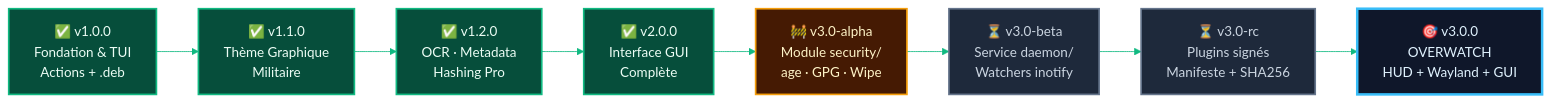
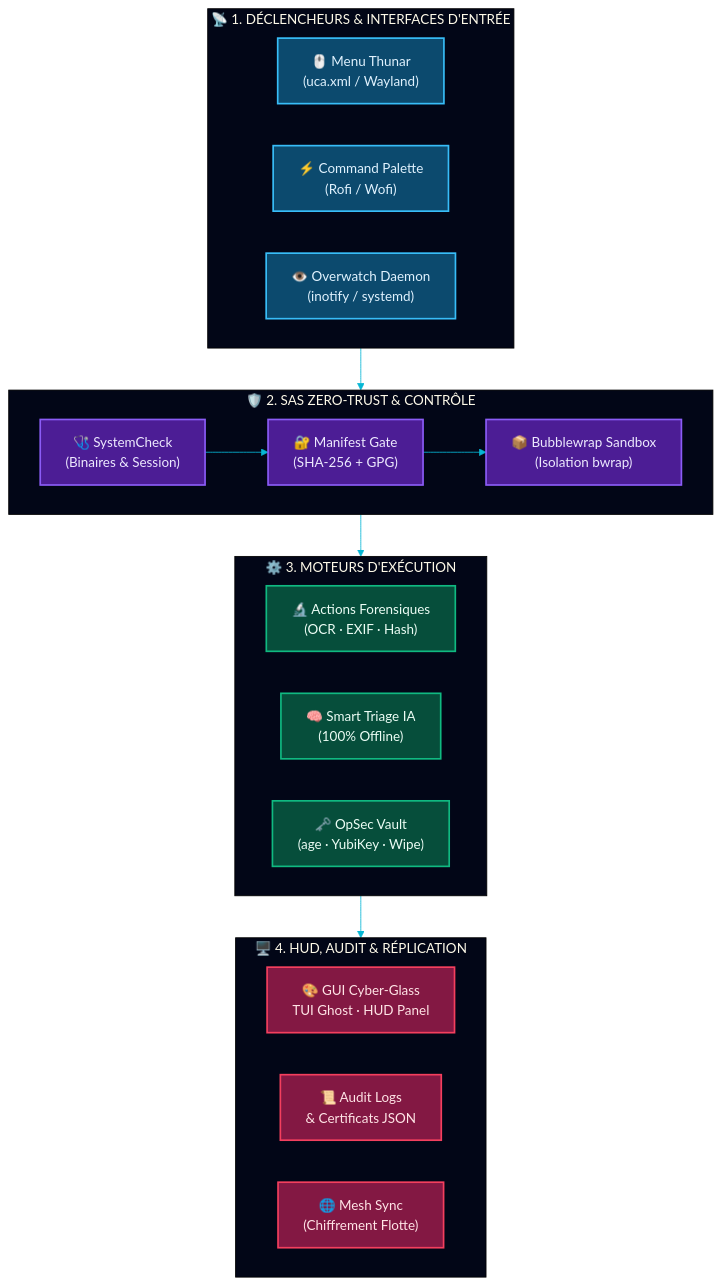
The second of 3 diagrams in README.md (teremuhamblin/ThunarLE), drawn with Mermaid before and after one commit. The commit also changed other lines of this file, not shown here.

````diff
--- a/README.md
+++ b/README.md
@@ -202,30 +180,57 @@
 ```mermaid
 %%{init: {
   'theme': 'base',
   'themeVariables': {
     'primaryColor': '#0f172a',
     'primaryTextColor': '#f8fafc',
     'primaryBorderColor': '#10b981',
-    'lineColor': '#10b981',
-    'fontFamily': 'monospace'
+    'lineColor': '#06b6d4',
+    'secondaryColor': '#1e293b',
+    'tertiaryColor': '#020617',
+    'fontFamily': 'JetBrains Mono, monospace'
   }
 }}%%
-flowchart LR
-    V10["✅ v1.0.0<br/>Fondation & TUI<br/>Actions + .deb"] --> V11["✅ v1.1.0<br/>Thème Graphique<br/>Militaire"]
-    V11 --> V12["✅ v1.2.0<br/>OCR · Metadata<br/>Hashing Pro"]
-    V12 --> V20["✅ v2.0.0<br/>Interface GUI<br/>Complète"]
-    V20 --> V3A["🚧 v3.0-alpha<br/>Module security/<br/>age · GPG · Wipe"]
-    V3A --> V3B["⏳ v3.0-beta<br/>Service daemon/<br/>Watchers inotify"]
-    V3B --> V3R["⏳ v3.0-rc<br/>Plugins signés<br/>Manifeste + SHA256"]
-    V3R --> V30["🎯 v3.0.0<br/>OVERWATCH<br/>HUD + Wayland + GUI"]
+flowchart TB
+    subgraph SRC["📡 1. DÉCLENCHEURS & INTERFACES D'ENTRÉE"]
+        direction LR
+        TH["🖱️ Menu Thunar<br/>(uca.xml / Wayland)"]
+        CP["⚡ Command Palette<br/>(Rofi / Wofi)"]
+        DW["👁️ Overwatch Daemon<br/>(inotify / systemd)"]
+    end
 
-    classDef done fill:#064e3b,stroke:#10b981,stroke-width:2px,color:#ecfdf5;
-    classDef wip fill:#451a03,stroke:#f59e0b,stroke-width:2px,color:#fef3c7;
-    classDef next fill:#1e293b,stroke:#64748b,stroke-width:2px,color:#cbd5e1;
-    classDef goal fill:#0f172a,stroke:#38bdf8,stroke-width:3px,color:#e0f2fe;
+    subgraph GATE["🛡️ 2. SAS ZERO-TRUST & CONTRÔLE"]
+        direction LR
+        SC["🩺 SystemCheck<br/>(Binaires & Session)"]
+        VF["🔐 Manifest Gate<br/>(SHA-256 + GPG)"]
+        BW["📦 Bubblewrap Sandbox<br/>(Isolation bwrap)"]
+    end
 
-    class V10,V11,V12,V20 done;
-    class V3A wip;
-    class V3B,V3R next;
-    class V30 goal;
+    subgraph ENG["⚙️ 3. MOTEURS D'EXÉCUTION"]
+        direction LR
+        ACT["🔬 Actions Forensiques<br/>(OCR · EXIF · Hash)"]
+        AI["🧠 Smart Triage IA<br/>(100% Offline)"]
+        SEC["🗝️ OpSec Vault<br/>(age · YubiKey · Wipe)"]
+    end
+
+    subgraph OUT["🖥️ 4. HUD, AUDIT & RÉPLICATION"]
+        direction LR
+        UI["🎨 GUI Cyber-Glass<br/>TUI Ghost · HUD Panel"]
+        LOG["📜 Audit Logs<br/>& Certificats JSON"]
+        MSH["🌐 Mesh Sync<br/>(Chiffrement Flotte)"]
+    end
+
+    SRC --> GATE
+    SC --> VF --> BW
+    BW --> ENG
+    ENG --> OUT
+
+    classDef cSrc fill:#0c4a6e,stroke:#38bdf8,stroke-width:2px,color:#e0f2fe;
+    classDef cGate fill:#4c1d95,stroke:#8b5cf6,stroke-width:2px,color:#ede9fe;
+    classDef cEng fill:#064e3b,stroke:#10b981,stroke-width:2px,color:#ecfdf5;
+    classDef cOut fill:#831843,stroke:#f43f5e,stroke-width:2px,color:#ffe4e6;
+
+    class TH,CP,DW cSrc;
+    class SC,VF,BW cGate;
+    class ACT,AI,SEC cEng;
+    class UI,LOG,MSH cOut;
 ```
````
